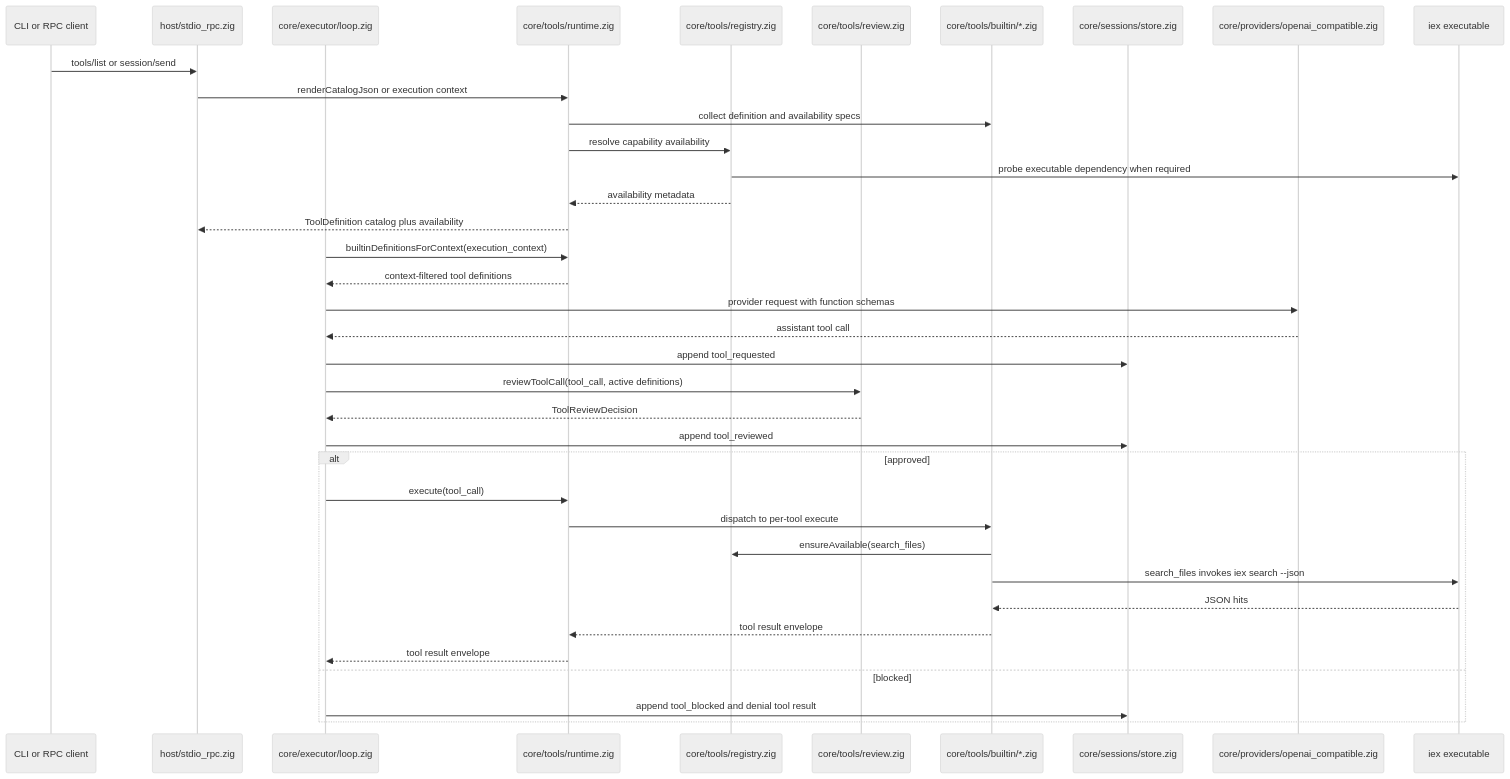
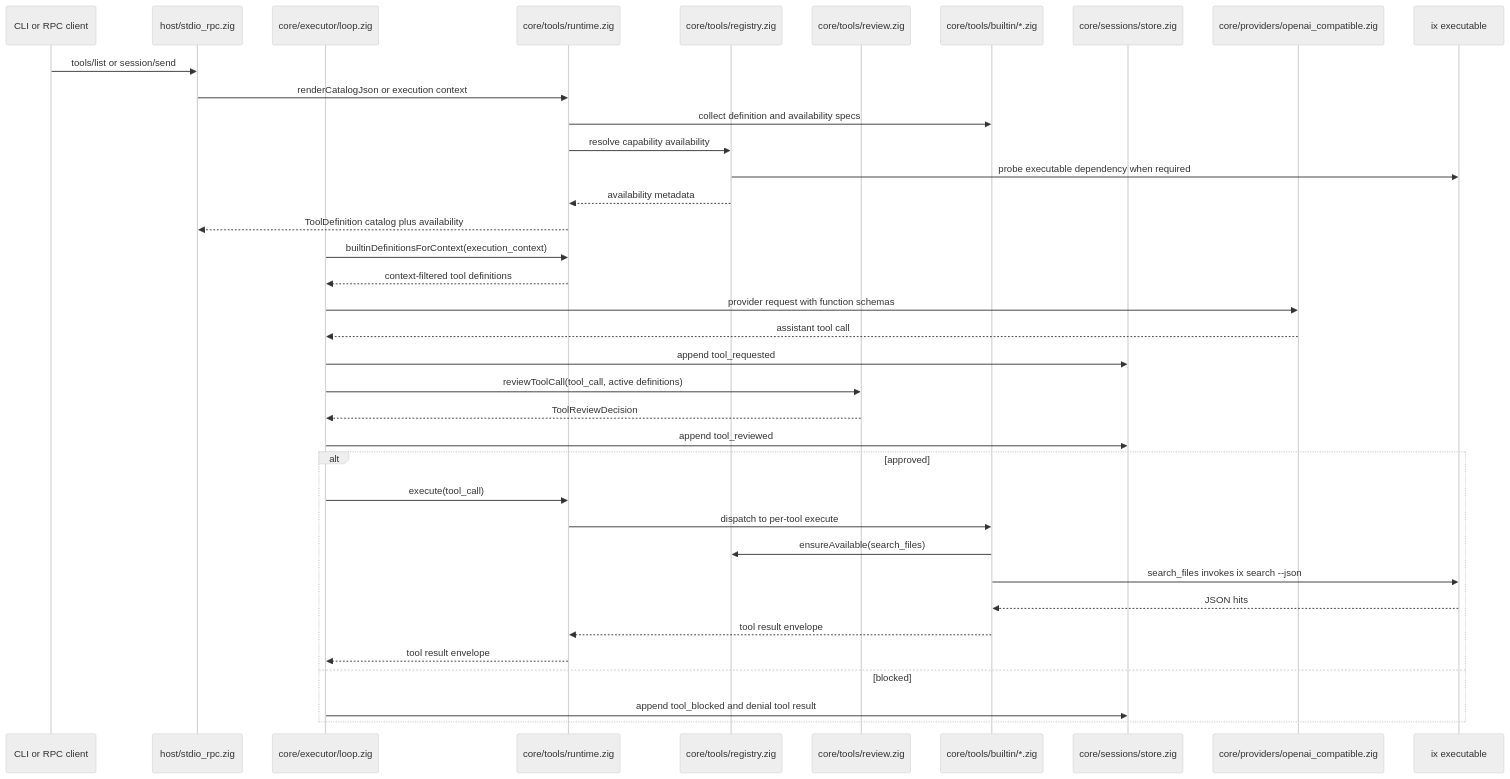
One commit to savageops/VANTARI-ONE changed the fifth of 8 diagrams in apps/backend/architecture.md. Above: the diagram before and after it, drawn with Mermaid (neutral theme). The commit also changed other lines of this file and 22 other files, not shown here.

````diff
--- a/apps/backend/architecture.md
+++ b/apps/backend/architecture.md
@@ -264,40 +264,40 @@
 ```mermaid
 sequenceDiagram
   participant C as CLI or RPC client
   participant H as host/stdio_rpc.zig
   participant L as core/executor/loop.zig
   participant T as core/tools/runtime.zig
   participant R as core/tools/registry.zig
   participant V as core/tools/review.zig
   participant M as core/tools/builtin/*.zig
   participant S as core/sessions/store.zig
   participant P as core/providers/openai_compatible.zig
-  participant I as iex executable
+  participant I as ix executable
 
   C->>H: tools/list or session/send
   H->>T: renderCatalogJson or execution context
   T->>M: collect definition and availability specs
   T->>R: resolve capability availability
   R->>I: probe executable dependency when required
   R-->>T: availability metadata
   T-->>H: ToolDefinition catalog plus availability
   L->>T: builtinDefinitionsForContext(execution_context)
   T-->>L: context-filtered tool definitions
   L->>P: provider request with function schemas
   P-->>L: assistant tool call
   L->>S: append tool_requested
   L->>V: reviewToolCall(tool_call, active definitions)
   V-->>L: ToolReviewDecision
   L->>S: append tool_reviewed
   alt approved
     L->>T: execute(tool_call)
     T->>M: dispatch to per-tool execute
     M->>R: ensureAvailable(search_files)
-    M->>I: search_files invokes iex search --json
+    M->>I: search_files invokes ix search --json
     I-->>M: JSON hits
     M-->>T: tool result envelope
     T-->>L: tool result envelope
   else blocked
     L->>S: append tool_blocked and denial tool result
   end
 ```
````
